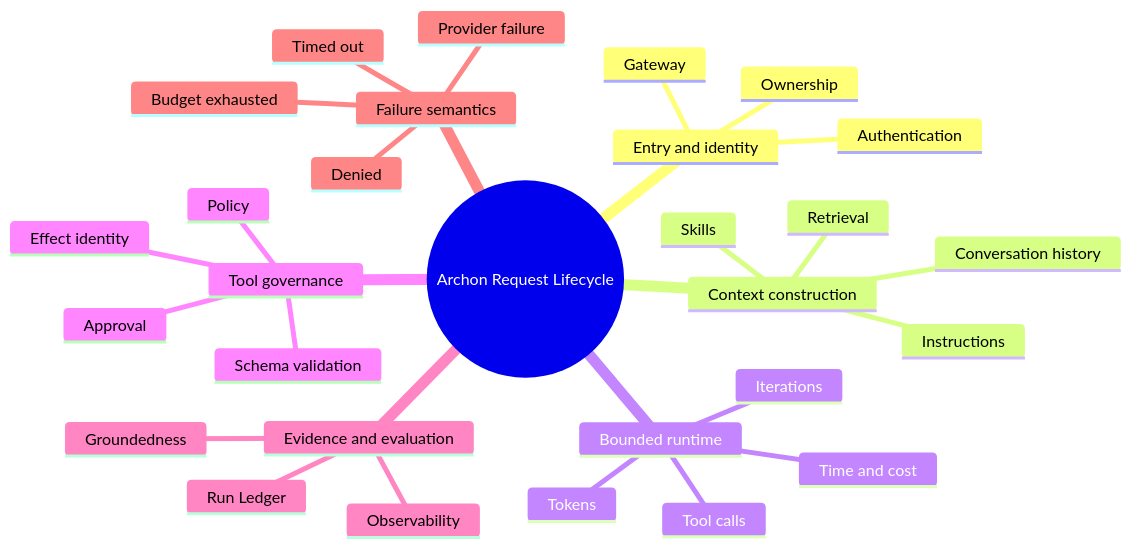
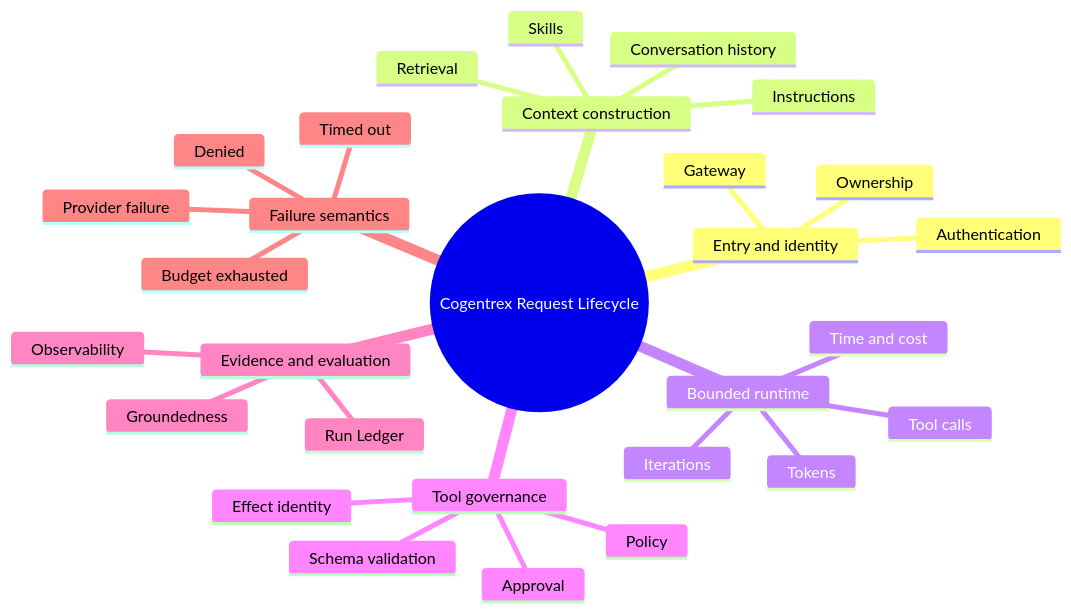
One commit to levalencia/archon changed the fourth of 11 diagrams in .hermes/plans/2026-09-04_164523-visual-learning-presentation-graphs-and-sources.md. Above: the diagram before and after it, drawn with Mermaid. The commit also changed other lines of this file and 414 other files, not shown here.

First line of the commit message:
feat: rebrand Archon as Cogentrex

````diff
--- a/.hermes/plans/2026-09-04_164523-visual-learning-presentation-graphs-and-sources.md
+++ b/.hermes/plans/2026-09-04_164523-visual-learning-presentation-graphs-and-sources.md
@@ -93,32 +93,32 @@
 ```mermaid
 mindmap
-  root((Archon Request Lifecycle))
+  root((Cogentrex Request Lifecycle))
     Entry and identity
       Gateway
       Authentication
       Ownership
     Context construction
       Conversation history
       Instructions
       Skills
       Retrieval
     Bounded runtime
       Iterations
       Tool calls
       Tokens
       Time and cost
     Tool governance
       Schema validation
       Policy
       Approval
       Effect identity
     Evidence and evaluation
       Run Ledger
       Observability
       Groundedness
     Failure semantics
       Denied
       Timed out
       Budget exhausted
       Provider failure
 ```
````
